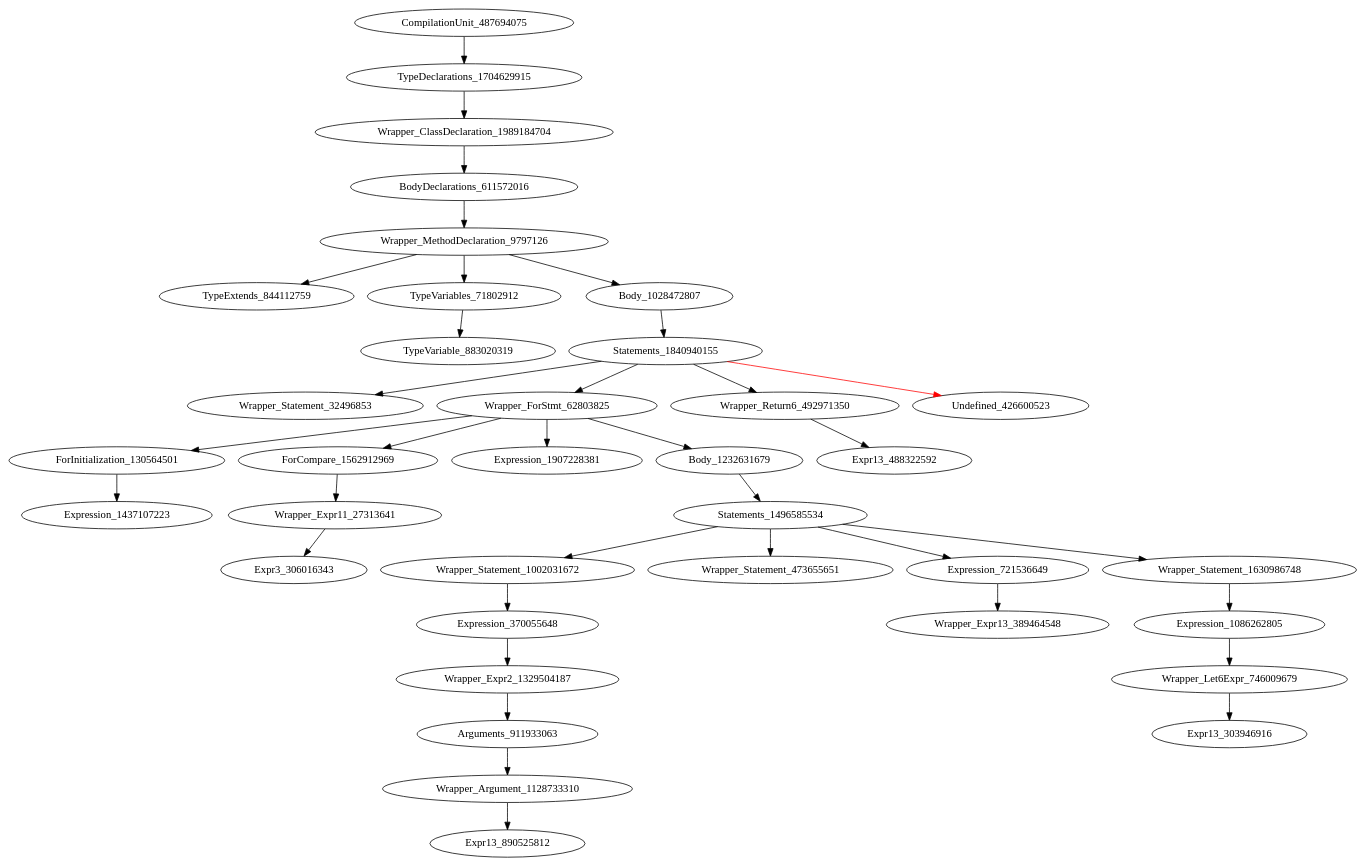
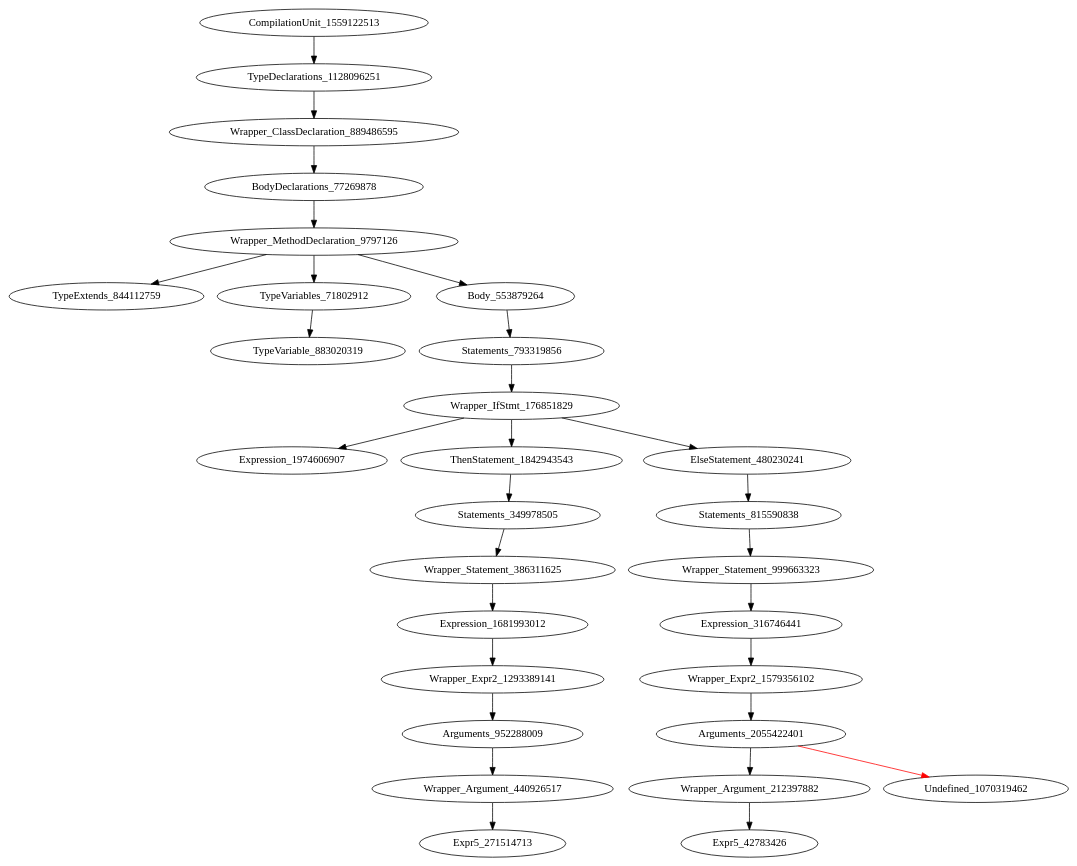
The diagram in holeAST.dot (icse2023material/VoiceJava), drawn with Graphviz before and after one commit. The commit also changed 6 other files, not shown here.

Commit message:
[fix] bug generation for if generation inside method declaration

```diff
--- a/holeAST.dot
+++ b/holeAST.dot
@@ -1,37 +1,30 @@
 digraph {
-CompilationUnit_487694075 -> TypeDeclarations_1704629915
-TypeDeclarations_1704629915 -> Wrapper_ClassDeclaration_1989184704
-Wrapper_ClassDeclaration_1989184704 -> BodyDeclarations_611572016
-BodyDeclarations_611572016 -> Wrapper_MethodDeclaration_9797126
+CompilationUnit_1559122513 -> TypeDeclarations_1128096251
+TypeDeclarations_1128096251 -> Wrapper_ClassDeclaration_889486595
+Wrapper_ClassDeclaration_889486595 -> BodyDeclarations_77269878
+BodyDeclarations_77269878 -> Wrapper_MethodDeclaration_9797126
 Wrapper_MethodDeclaration_9797126 -> TypeExtends_844112759
 Wrapper_MethodDeclaration_9797126 -> TypeVariables_71802912
-Wrapper_MethodDeclaration_9797126 -> Body_1028472807
+Wrapper_MethodDeclaration_9797126 -> Body_553879264
 TypeVariables_71802912 -> TypeVariable_883020319
-Body_1028472807 -> Statements_1840940155
-Statements_1840940155 -> Wrapper_Statement_32496853
-Statements_1840940155 -> Wrapper_ForStmt_62803825
-Statements_1840940155 -> Wrapper_Return6_492971350
-Statements_1840940155 -> Undefined_426600523 [color = red] 
-Wrapper_ForStmt_62803825 -> ForInitialization_130564501
-Wrapper_ForStmt_62803825 -> ForCompare_1562912969
-Wrapper_ForStmt_62803825 -> Expression_1907228381
-Wrapper_ForStmt_62803825 -> Body_1232631679
-Wrapper_Return6_492971350 -> Expr13_488322592
-ForInitialization_130564501 -> Expression_1437107223
-ForCompare_1562912969 -> Wrapper_Expr11_27313641
-Body_1232631679 -> Statements_1496585534
-Wrapper_Expr11_27313641 -> Expr3_306016343
-Statements_1496585534 -> Wrapper_Statement_1002031672
-Statements_1496585534 -> Wrapper_Statement_473655651
-Statements_1496585534 -> Expression_721536649
-Statements_1496585534 -> Wrapper_Statement_1630986748
-Wrapper_Statement_1002031672 -> Expression_370055648
-Expression_721536649 -> Wrapper_Expr13_389464548
-Wrapper_Statement_1630986748 -> Expression_1086262805
-Expression_370055648 -> Wrapper_Expr2_1329504187
-Expression_1086262805 -> Wrapper_Let6Expr_746009679
-Wrapper_Expr2_1329504187 -> Arguments_911933063
-Wrapper_Let6Expr_746009679 -> Expr13_303946916
-Arguments_911933063 -> Wrapper_Argument_1128733310
-Wrapper_Argument_1128733310 -> Expr13_890525812
+Body_553879264 -> Statements_793319856
+Statements_793319856 -> Wrapper_IfStmt_176851829
+Wrapper_IfStmt_176851829 -> Expression_1974606907
+Wrapper_IfStmt_176851829 -> ThenStatement_1842943543
+Wrapper_IfStmt_176851829 -> ElseStatement_480230241
+ThenStatement_1842943543 -> Statements_349978505
+ElseStatement_480230241 -> Statements_815590838
+Statements_349978505 -> Wrapper_Statement_386311625
+Statements_815590838 -> Wrapper_Statement_999663323
+Wrapper_Statement_386311625 -> Expression_1681993012
+Wrapper_Statement_999663323 -> Expression_316746441
+Expression_1681993012 -> Wrapper_Expr2_1293389141
+Expression_316746441 -> Wrapper_Expr2_1579356102
+Wrapper_Expr2_1293389141 -> Arguments_952288009
+Wrapper_Expr2_1579356102 -> Arguments_2055422401
+Arguments_952288009 -> Wrapper_Argument_440926517
+Arguments_2055422401 -> Wrapper_Argument_212397882
+Arguments_2055422401 -> Undefined_1070319462 [color = red] 
+Wrapper_Argument_440926517 -> Expr5_271514713
+Wrapper_Argument_212397882 -> Expr5_42783426
 }
```
